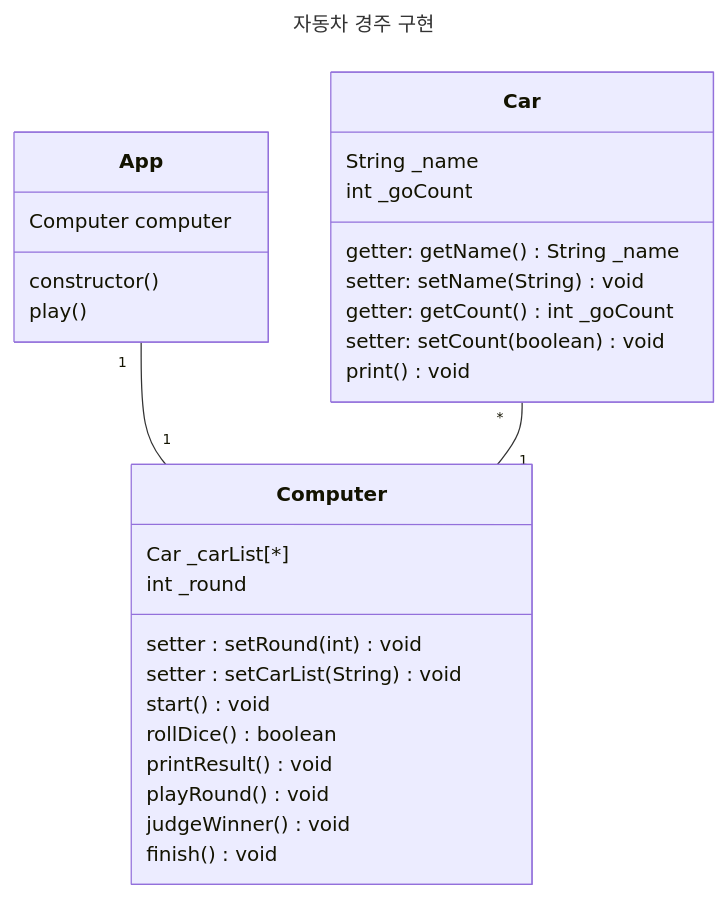
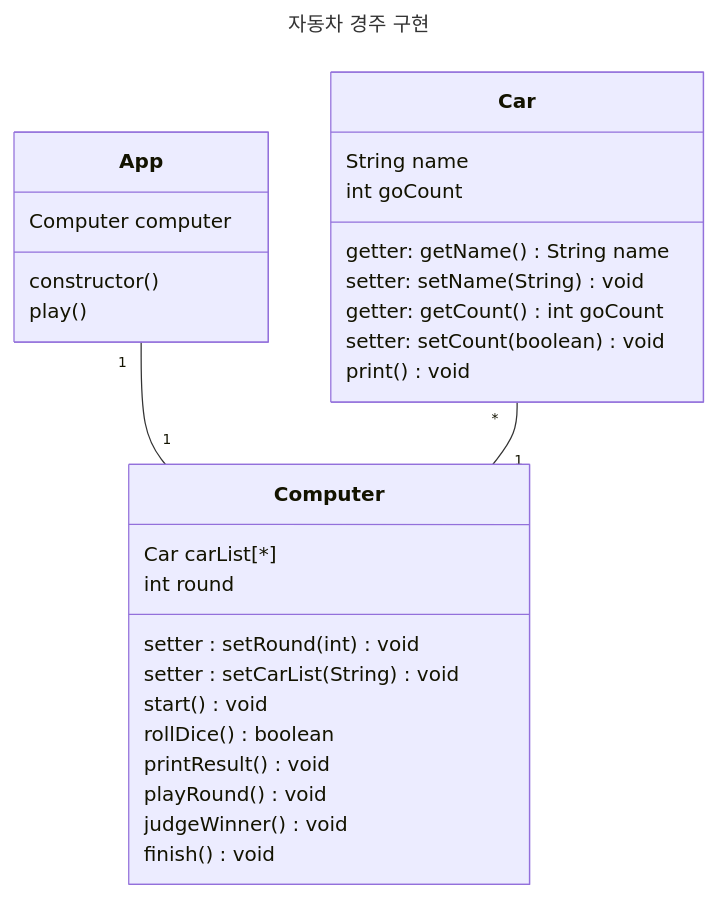
The diagram in docs/README.md (woowacourse-precourse/javascript-racingcar-6), drawn with Mermaid before and after one commit. The commit also changed other lines of this file, not shown here.

````diff
--- a/docs/README.md
+++ b/docs/README.md
@@ -48,34 +48,34 @@
 ```mermaid
 ---
 title: 자동차 경주 구현
 ---
 classDiagram
     class Car{
-        String _name
-        int _goCount
-        getter: getName() String _name
+        String name
+        int goCount
+        getter: getName() String name
         setter: setName(String) void
-        getter: getCount() int _goCount
+        getter: getCount() int goCount
         setter: setCount(boolean) void
         print() void
     }
     class Computer{
-        Car _carList[*]
-        int _round
+        Car carList[*]
+        int round
         setter : setRound(int) void
         setter : setCarList(String) void
         start() void
         rollDice() boolean
         printResult() void
         playRound() void
         judgeWinner() void
         finish() void
     }
     class App{
         Computer computer
         constructor()
         play()
     }
     App "1"-- "1"Computer
     Car "*"--"1" Computer
 ```
````
